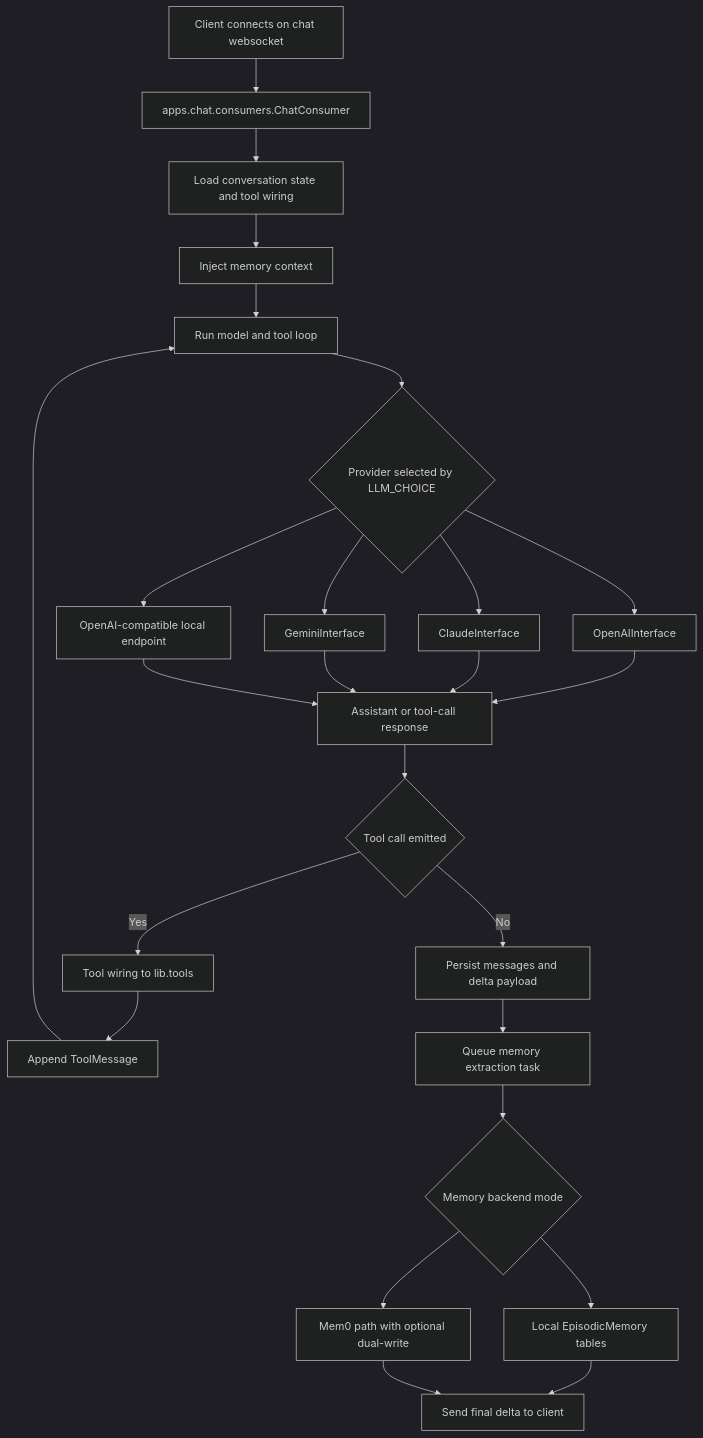
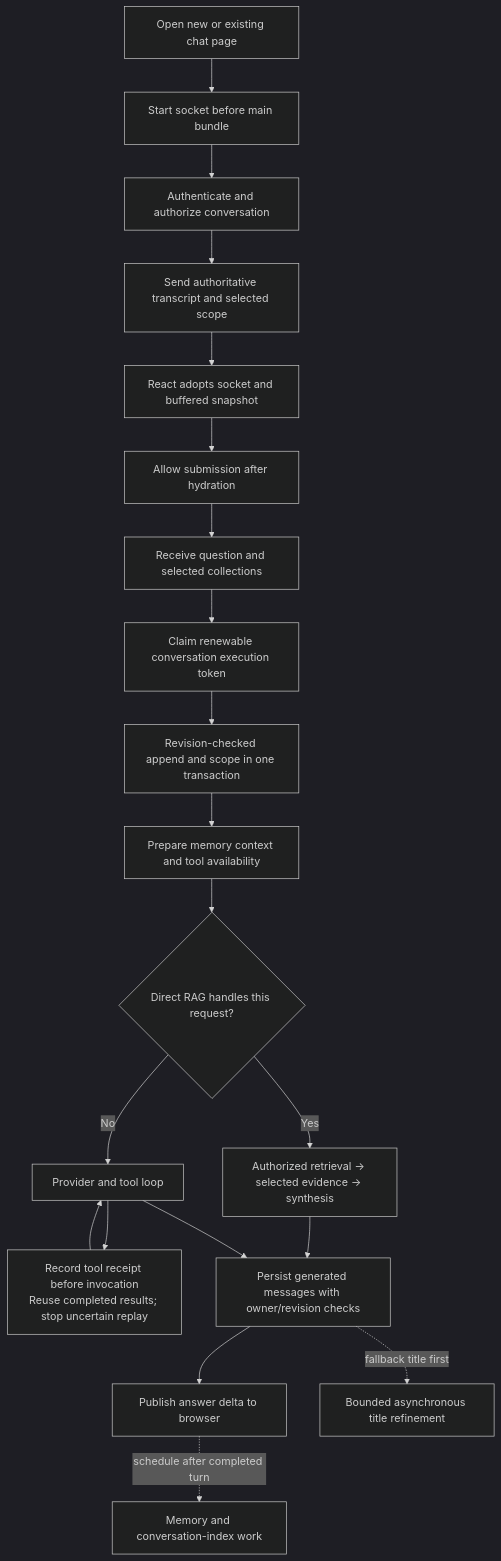
Before and after one commit to AquiLLM/AquiLLM: the second of 3 diagrams in docs/documents/architecture/aquillm-current-architecture-mermaid.md, drawn with Mermaid (dark theme). The commit also changed other lines of this file and 6 other files, not shown here.

Commit message:
docs: update retrieval path and runtime architecture

````diff
--- a/docs/documents/architecture/aquillm-current-architecture-mermaid.md
+++ b/docs/documents/architecture/aquillm-current-architecture-mermaid.md
@@ -58,31 +43,22 @@
 ```mermaid
 flowchart TD
-  Start["Client connects on chat websocket"] --> Consumer["apps.chat.consumers.ChatConsumer"]
-  Consumer --> LoadState["Load conversation state and tool wiring"]
-  LoadState --> MemInject["Inject memory context"]
-  MemInject --> Spin["Run model and tool loop"]
-
-  Spin --> Provider{"Provider selected by LLM_CHOICE"}
-  Provider --> OpenAI["OpenAIInterface"]
-  Provider --> Claude["ClaudeInterface"]
-  Provider --> Gemini["GeminiInterface"]
-  Provider --> LocalOpenAICompat["OpenAI-compatible local endpoint"]
-
-  OpenAI --> Resp["Assistant or tool-call response"]
-  Claude --> Resp
-  Gemini --> Resp
-  LocalOpenAICompat --> Resp
-
-  Resp --> ToolCall{"Tool call emitted"}
-  ToolCall -->|Yes| Tools["Tool wiring to lib.tools"]
-  Tools --> ToolResult["Append ToolMessage"]
-  ToolResult --> Spin
-  ToolCall -->|No| Persist["Persist messages and delta payload"]
-
-  Persist --> MemoryTask["Queue memory extraction task"]
-  MemoryTask --> MemoryWrite{"Memory backend mode"}
-  MemoryWrite --> LocalMem["Local EpisodicMemory tables"]
-  MemoryWrite --> Mem0["Mem0 path with optional dual-write"]
-  LocalMem --> Done["Send final delta to client"]
-  Mem0 --> Done
+  Page["Open new or existing chat page"] --> Early["Start socket before main bundle"]
+  Early --> Auth["Authenticate and authorize conversation"]
+  Auth --> Snapshot["Send authoritative transcript and selected scope"]
+  Snapshot --> Adopt["React adopts socket and buffered snapshot"]
+  Adopt --> Ready["Allow submission after hydration"]
+  Ready --> Append["Receive question and selected collections"]
+  Append --> Owner["Claim renewable conversation execution token"]
+  Owner --> Save["Revision-checked append and scope in one transaction"]
+  Save --> Context["Prepare memory context and tool availability"]
+  Context --> Route{"Direct RAG handles this request?"}
+  Route -->|Yes| RAG["Authorized retrieval → selected evidence → synthesis"]
+  Route -->|No| Spin["Provider and tool loop"]
+  Spin --> Receipt["Record tool receipt before invocation<br/>Reuse completed results; stop uncertain replay"]
+  Receipt --> Spin
+  RAG --> Persist["Persist generated messages with owner/revision checks"]
+  Spin --> Persist
+  Persist --> Delta["Publish answer delta to browser"]
+  Delta -. "schedule after completed turn" .-> Background["Memory and conversation-index work"]
+  Persist -. "fallback title first" .-> Title["Bounded asynchronous title refinement"]
 ```
````
